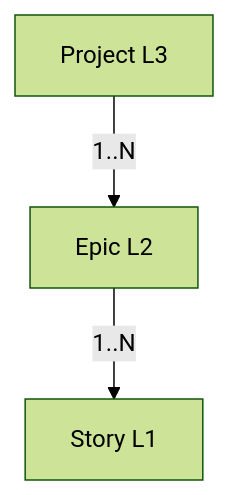
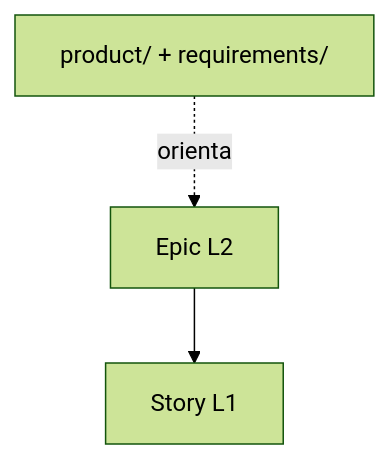
The diagram in docs/domains/domain-work-item-hierarchy.md (dariopalminio/agile-sddf), drawn with Mermaid (forest theme) before and after one commit. The commit also changed other lines of this file and 29 other files, not shown here.

````diff
--- a/docs/domains/domain-work-item-hierarchy.md
+++ b/docs/domains/domain-work-item-hierarchy.md
@@ -95,5 +34,5 @@
 ```mermaid
-graph TD
-    P[Project L3] -->|1..N| E[Epic L2]
-    E -->|1..N| S[Story L1]
+flowchart TD
+  S[product/ + requirements/] -. orienta .-> E[Epic L2]
+  E --> T[Story L1]
 ```
````
